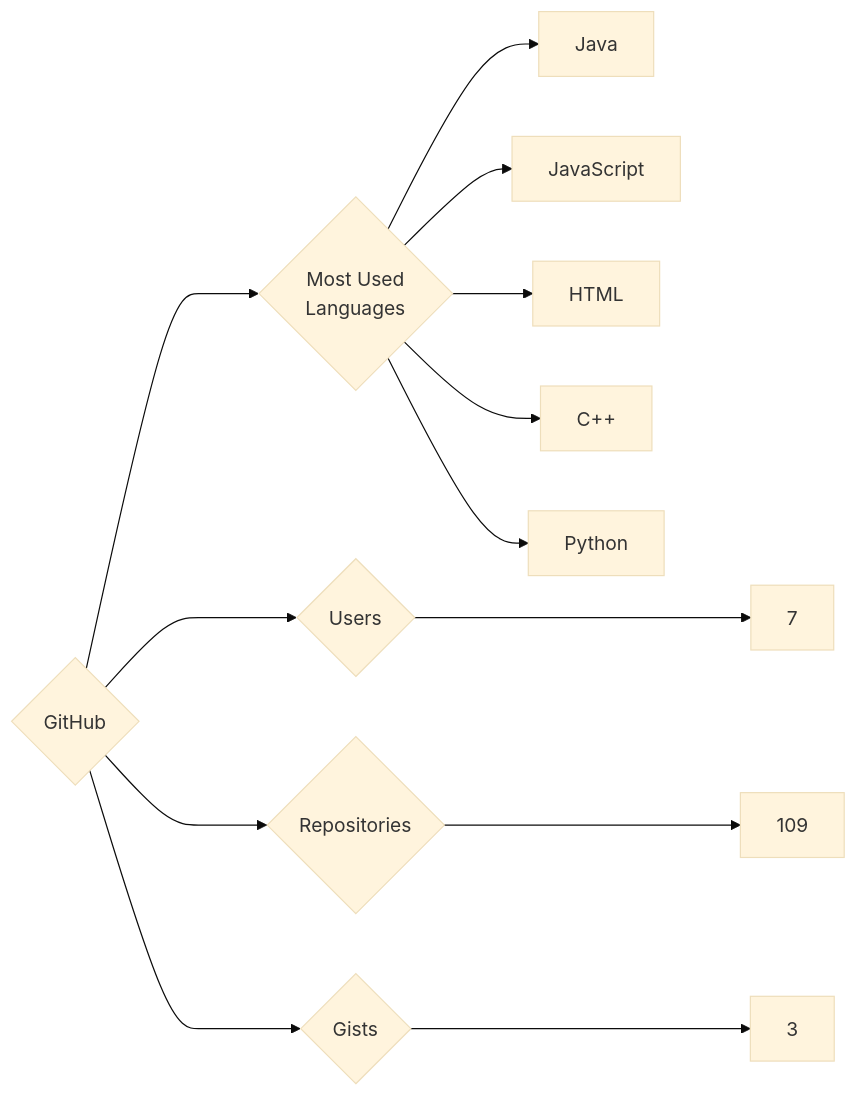
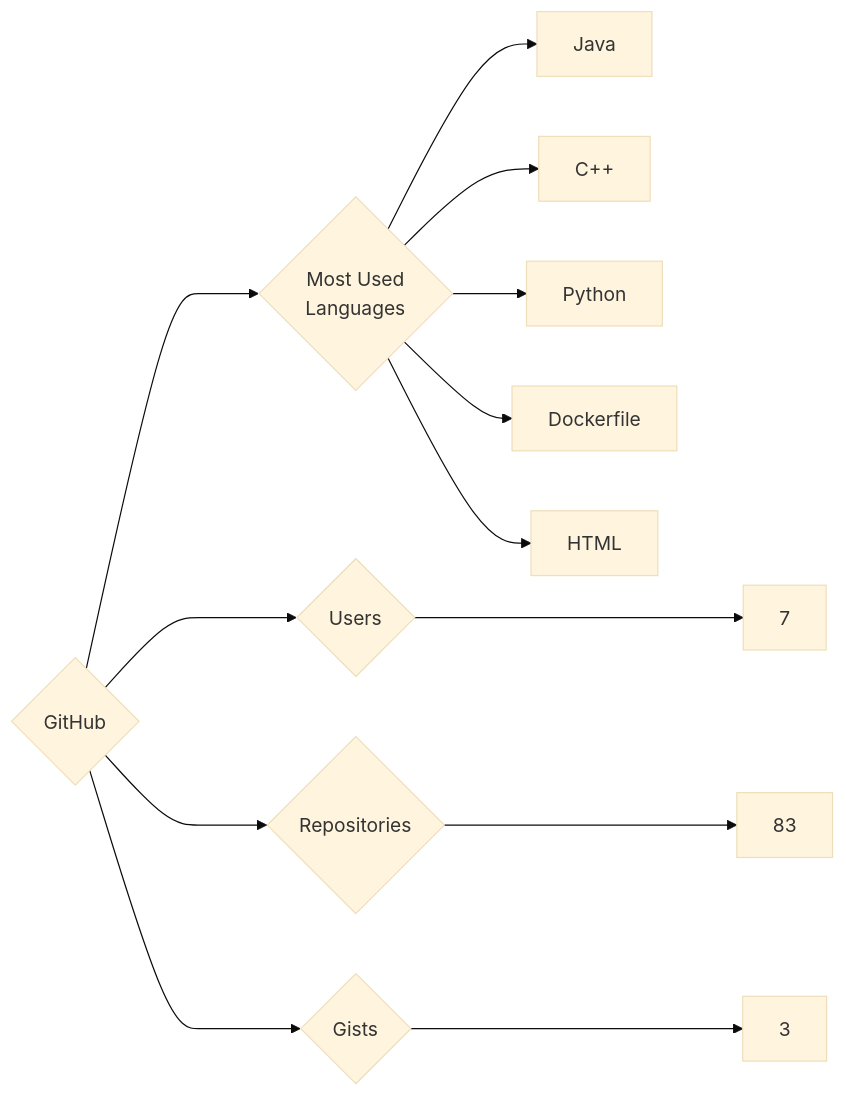
The diagram in targets/GitHub/README.md (trickest/insiders), drawn with Mermaid (base theme) before and after one commit. The commit also changed 912 other files, not shown here.

````diff
--- a/targets/GitHub/README.md
+++ b/targets/GitHub/README.md
@@ -3,13 +3,13 @@
 ```mermaid
 graph LR
 COMPANY_NAME{GitHub}
 COMPANY_NAME ---> U{Users} ---> UN[7]
-COMPANY_NAME ---> R{Repositories} ---> RN[109]
+COMPANY_NAME ---> R{Repositories} ---> RN[83]
 COMPANY_NAME ---> G{Gists} ---> GN[3]
 COMPANY_NAME ---> ML{Most Used<br>Languages}
 ML --> Java[Java]
-ML --> JavaScript[JavaScript]
-ML --> HTML[HTML]
 ML --> C++[C++]
 ML --> Python[Python]
+ML --> Dockerfile[Dockerfile]
+ML --> HTML[HTML]
 ```
````
